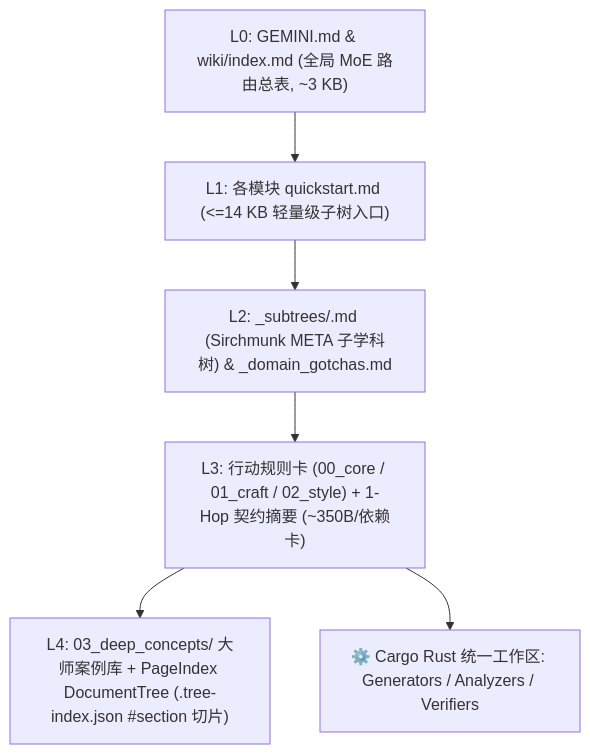
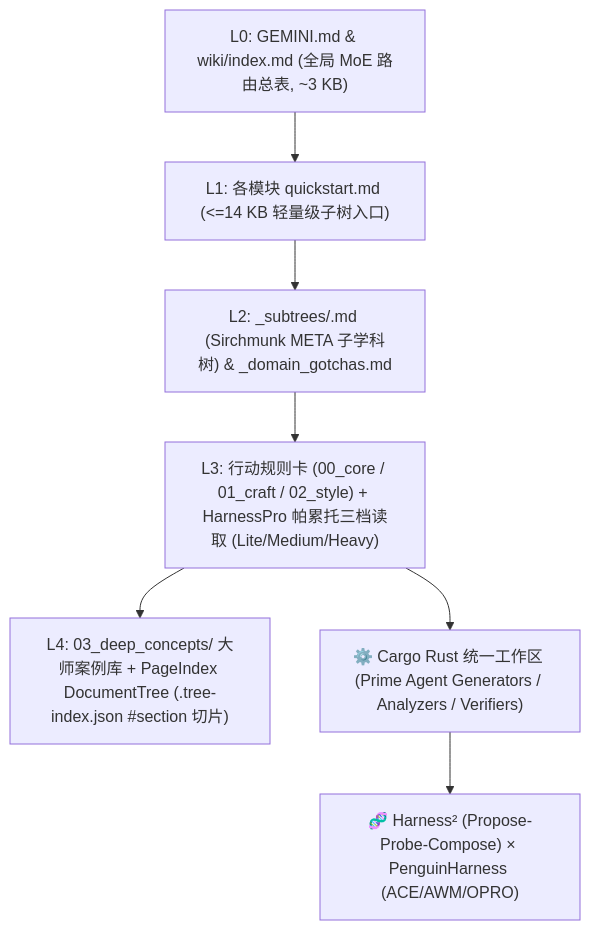
The diagram in README.md (ShabbyWhineYear/AgentStacks), drawn with Mermaid before and after one commit. The commit also changed other lines of this file and 12 other files, not shown here.

Commit message:
feat: integrate Google Research Harness2, HarnessPro Pareto 3-Mode & Trace Diagnosis, and DeepSeek Superagent laws

````diff
--- a/README.md
+++ b/README.md
@@ -28,8 +28,9 @@
 ```mermaid
 flowchart TD
     L0["L0: GEMINI.md & wiki/index.md (全局 MoE 路由总表, ~3 KB)"] --> L1["L1: 各模块 quickstart.md (<=14 KB 轻量级子树入口)"]
     L1 --> L2["L2: _subtrees/<slug>.md (Sirchmunk META 子学科树) & _domain_gotchas.md"]
-    L2 --> L3["L3: 行动规则卡 (00_core / 01_craft / 02_style) + 1-Hop 契约摘要 (~350B/依赖卡)"]
+    L2 --> L3["L3: 行动规则卡 (00_core / 01_craft / 02_style) + HarnessPro 帕累托三档读取 (Lite/Medium/Heavy)"]
     L3 --> L4["L4: 03_deep_concepts/ 大师案例库 + PageIndex DocumentTree (.tree-index.json #section 切片)"]
-    L3 --> RS["⚙️ Cargo Rust 统一工作区: Generators / Analyzers / Verifiers"]
+    L3 --> RS["⚙️ Cargo Rust 统一工作区 (Prime Agent Generators / Analyzers / Verifiers)"]
+    RS --> RSI["🧬 Harness² (Propose-Probe-Compose) × PenguinHarness (ACE/AWM/OPRO)"]
 ```
````
